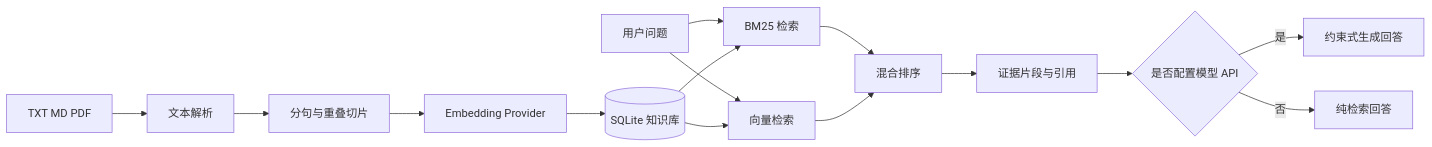
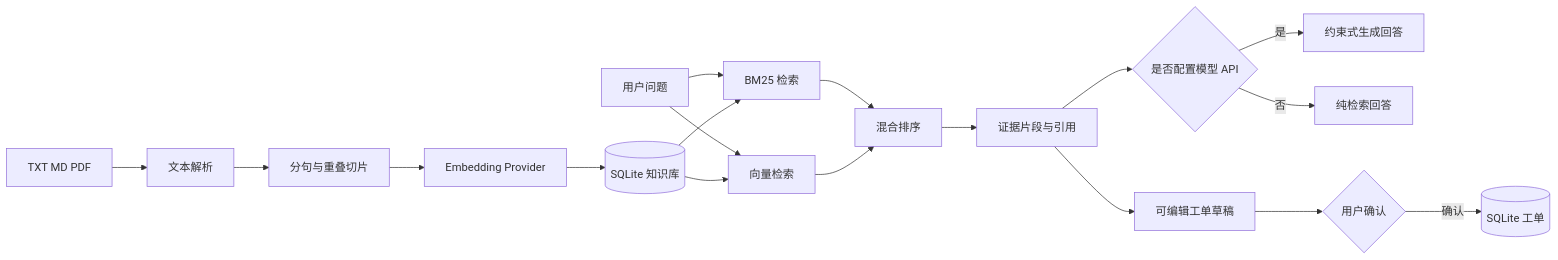
One commit to wangziyi3320/knowledge-base-rag changed the diagram in README.md. Above: the diagram before and after it, drawn with Mermaid. The commit also changed other lines of this file and 22 other files, not shown here.

````diff
--- a/README.md
+++ b/README.md
@@ -28,17 +30,20 @@
 ```mermaid
 flowchart LR
     A[TXT MD PDF] --> B[文本解析]
     B --> C[分句与重叠切片]
     C --> D[Embedding Provider]
     D --> E[(SQLite 知识库)]
     Q[用户问题] --> F[BM25 检索]
     Q --> G[向量检索]
     E --> F
     E --> G
     F --> H[混合排序]
     G --> H
     H --> I[证据片段与引用]
     I --> J{是否配置模型 API}
     J -->|是| K[约束式生成回答]
     J -->|否| L[纯检索回答]
+    I --> M[可编辑工单草稿]
+    M --> N{用户确认}
+    N -->|确认| O[(SQLite 工单)]
 ```
````
